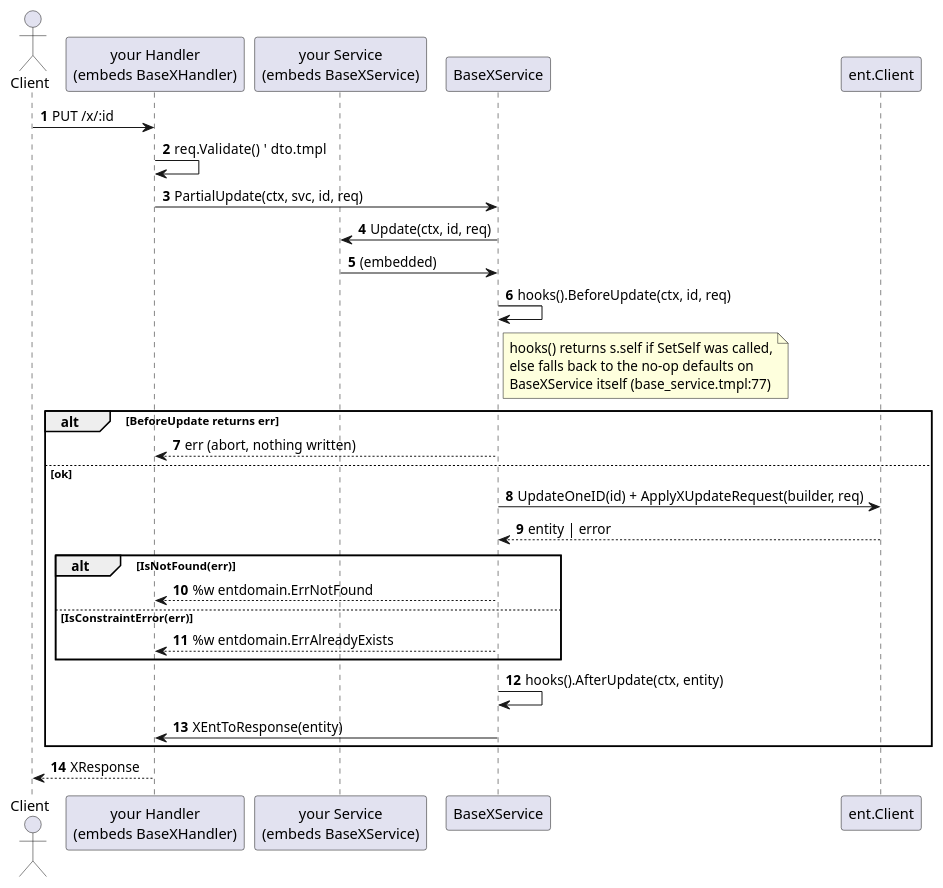
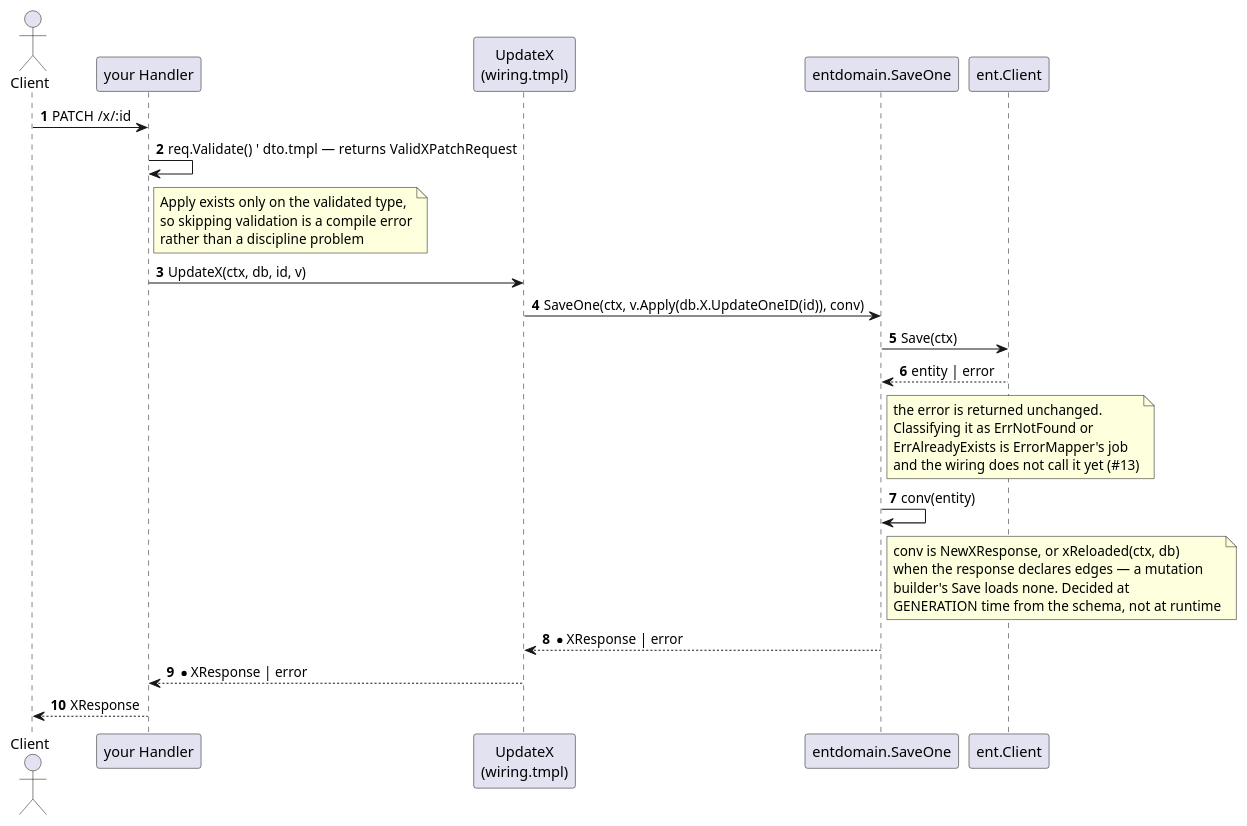
The fifth of 5 diagrams in ARCHITECTURE.md (githonllc/entapi), drawn with PlantUML before and after one commit. The commit also changed other lines of this file and 123 other files, not shown here.

````diff
--- a/ARCHITECTURE.md
+++ b/ARCHITECTURE.md
@@ -277,36 +274,38 @@
 ```plantuml
 @startuml
 autonumber
 actor Client
-participant "your Handler\n(embeds BaseXHandler)" as H
-participant "your Service\n(embeds BaseXService)" as S
-participant "BaseXService" as B
+participant "your Handler" as H
+participant "UpdateX\n(wiring.tmpl)" as W
+participant "entdomain.SaveOne" as RT
 participant "ent.Client" as EC
 
-Client -> H : PUT /x/:id
-H -> H : req.Validate()  ' dto.tmpl
-H -> B : PartialUpdate(ctx, svc, id, req)
-B -> S : Update(ctx, id, req)
-S -> B : (embedded)
-B -> B : hooks().BeforeUpdate(ctx, id, req)
-note right of B
-  hooks() returns s.self if SetSelf was called,
-  else falls back to the no-op defaults on
-  BaseXService itself (base_service.tmpl:77)
+Client -> H : PATCH /x/:id
+H -> H : req.Validate()  ' dto.tmpl — returns ValidXPatchRequest
+note right of H
+  Apply exists only on the validated type,
+  so skipping validation is a compile error
+  rather than a discipline problem
 end note
-alt BeforeUpdate returns err
-  B --> H : err (abort, nothing written)
-else ok
-  B -> EC : UpdateOneID(id) + ApplyXUpdateRequest(builder, req)
-  EC --> B : entity | error
-  alt IsNotFound(err)
-    B --> H : %w entdomain.ErrNotFound
-  else IsConstraintError(err)
-    B --> H : %w entdomain.ErrAlreadyExists
-  end
-  B -> B : hooks().AfterUpdate(ctx, entity)
-  B -> H : XEntToResponse(entity)
-end
+H -> W : UpdateX(ctx, db, id, v)
+W -> RT : SaveOne(ctx, v.Apply(db.X.UpdateOneID(id)), conv)
+RT -> EC : Save(ctx)
+EC --> RT : entity | error
+note right of RT
+  the error is returned unchanged.
+  Classifying it as ErrNotFound or
+  ErrAlreadyExists is ErrorMapper's job
+  and the wiring does not call it yet (#13)
+end note
+RT -> RT : conv(entity)
+note right of RT
+  conv is NewXResponse, or xReloaded(ctx, db)
+  when the response declares edges — a mutation
+  builder's Save loads none. Decided at
+  GENERATION time from the schema, not at runtime
+end note
+RT --> W : *XResponse | error
+W --> H : *XResponse | error
 H --> Client : XResponse
 @enduml
 ```
````
